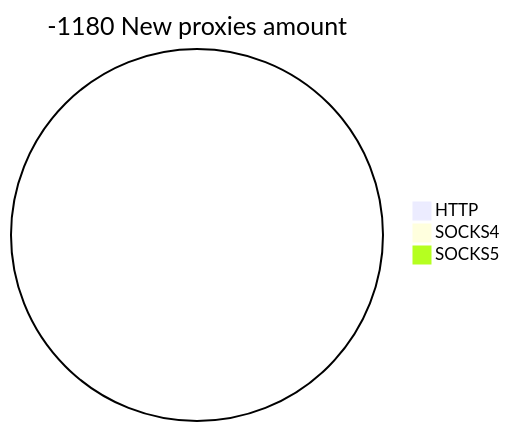
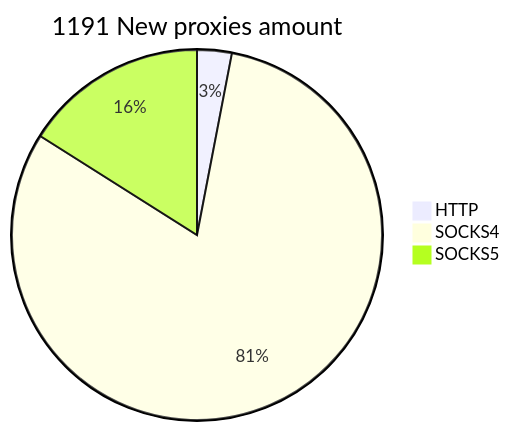
Before and after one commit to cutipu/proxylist: the second of 2 diagrams in README.md, drawn with Mermaid. The commit also changed other lines of this file, not shown here.

````diff
--- a/README.md
+++ b/README.md
@@ -10,6 +10,6 @@
 ```mermaid
-pie title -1180 New proxies amount
-    "HTTP" : 0
-    "SOCKS4" : 0
-    "SOCKS5" : 0
+pie title 1191 New proxies amount
+    "HTTP" : 36
+    "SOCKS4" : 964
+    "SOCKS5" : 191
 ```
````
